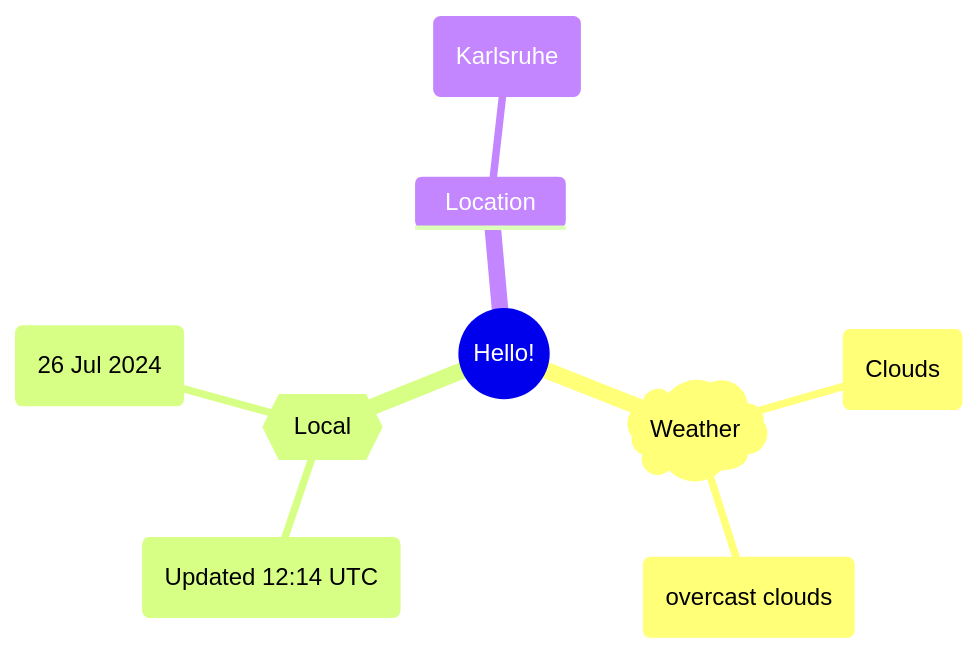
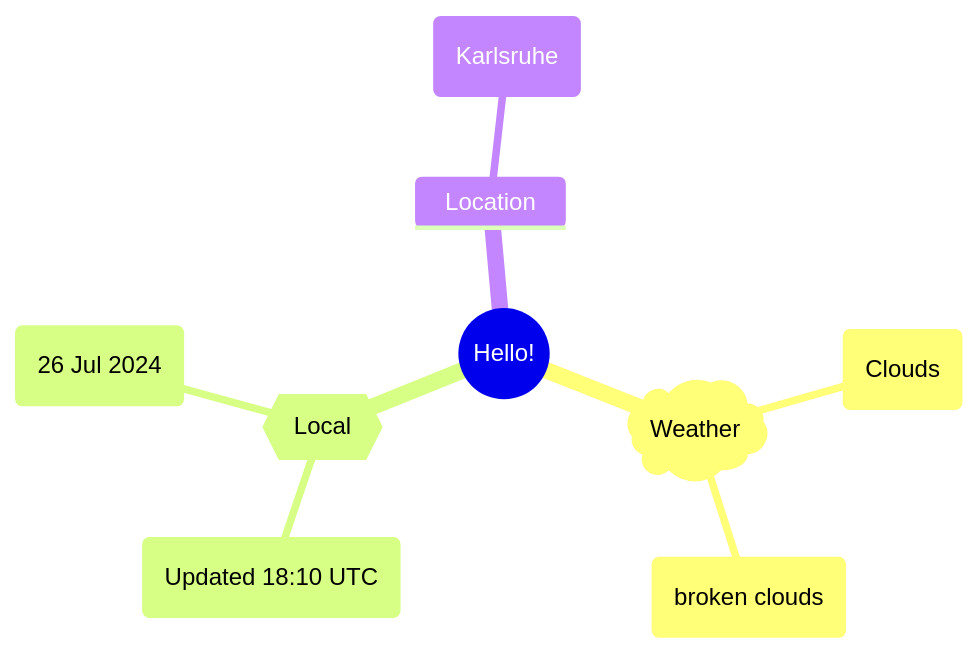
Before and after one commit to Xosrov/Xosrov: the first of 2 diagrams in README.md, drawn with Mermaid.

Commit message:
[bot] updated images

````diff
--- a/README.md
+++ b/README.md
@@ -3,12 +3,12 @@
 ```mermaid
 mindmap
   root((Hello!))
     )Weather(
         (Clouds)
-        (overcast clouds)
+        (broken clouds)
     {{Local}}
-        (Updated 12:14 UTC)
+        (Updated 18:10 UTC)
         (26 Jul 2024)
     Location
         (Karlsruhe)
 ```
````
